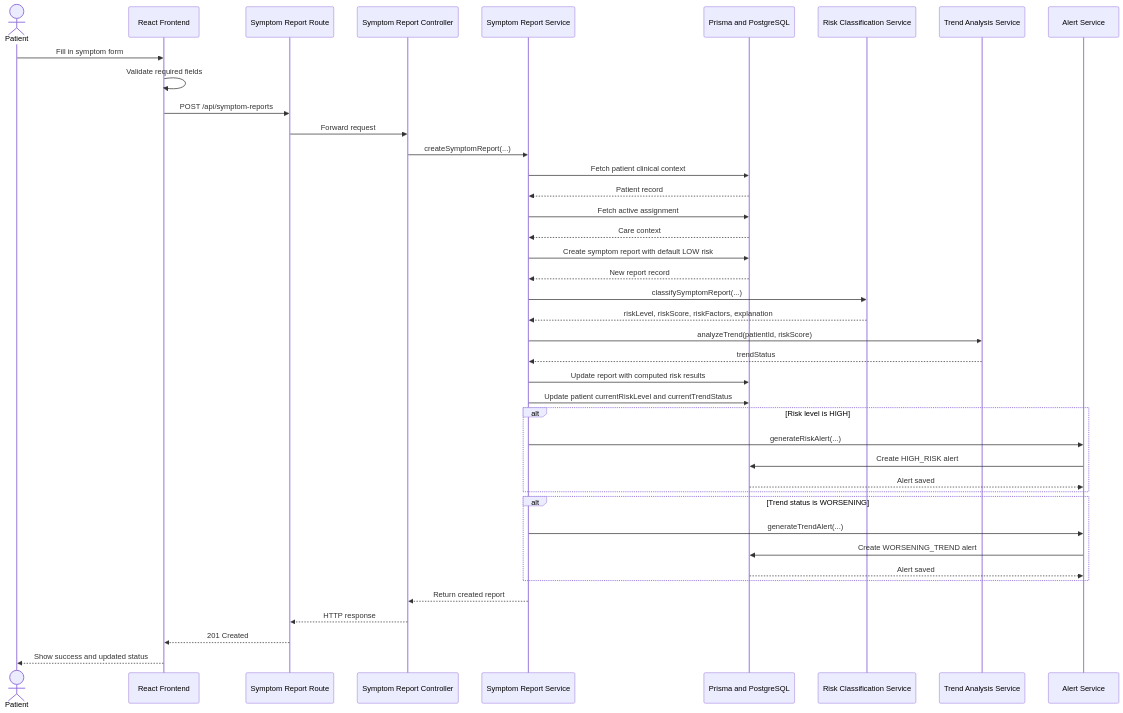
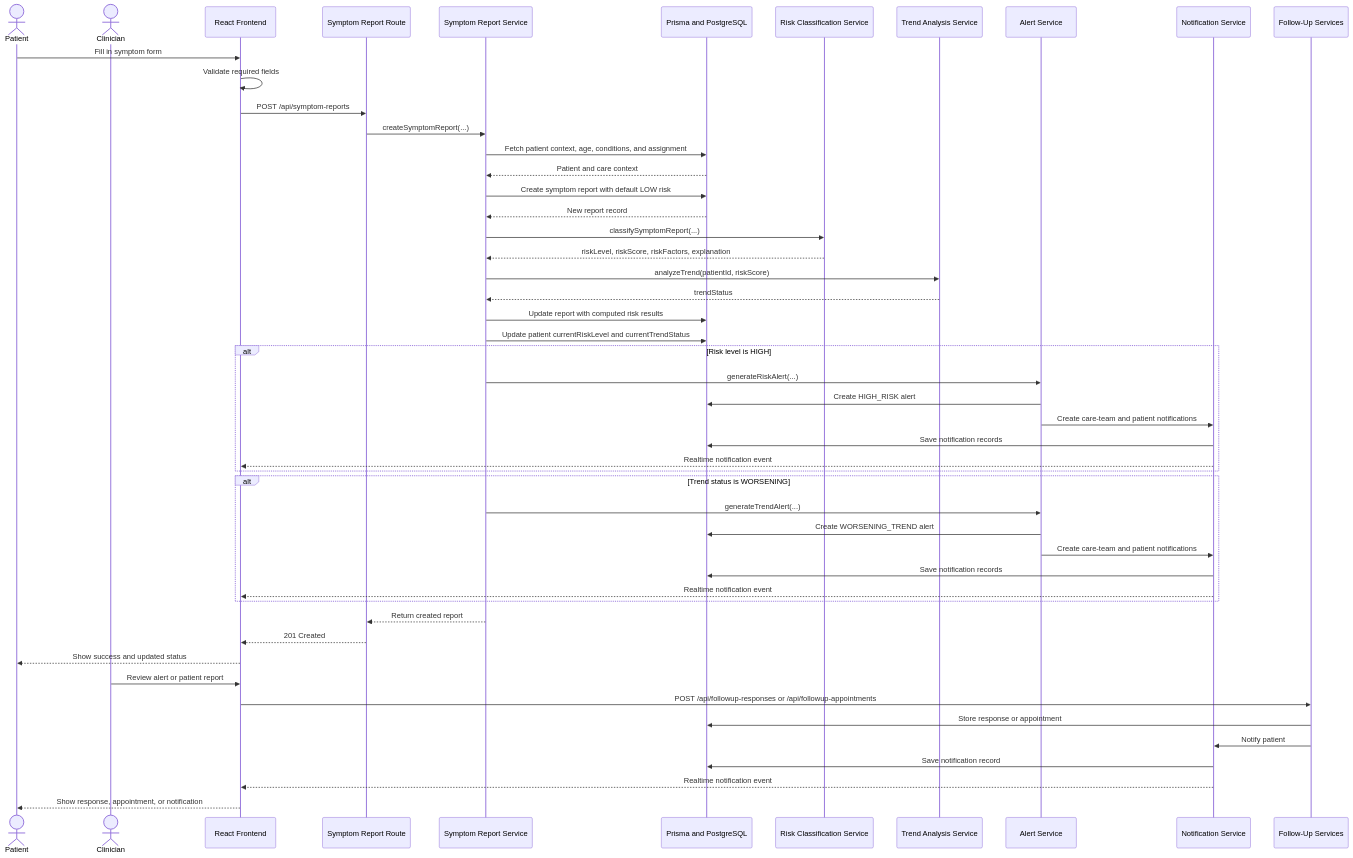
Before and after one commit to Mkayzw/backend: the diagram in 4.3.2_sequence_diagram.md, drawn with Mermaid. The commit also changed other lines of this file and 53 other files, not shown here.

````diff
--- a/4.3.2_sequence_diagram.md
+++ b/4.3.2_sequence_diagram.md
@@ -5,53 +5,62 @@
 ```mermaid
 sequenceDiagram
     actor Patient
+    actor Clinician
     participant Frontend as React Frontend
     participant Route as Symptom Report Route
-    participant Controller as Symptom Report Controller
     participant Service as Symptom Report Service
     participant DB as Prisma and PostgreSQL
     participant Risk as Risk Classification Service
     participant Trend as Trend Analysis Service
     participant Alert as Alert Service
+    participant Notify as Notification Service
+    participant FollowUp as Follow-Up Services
 
     Patient->>Frontend: Fill in symptom form
     Frontend->>Frontend: Validate required fields
     Frontend->>Route: POST /api/symptom-reports
-    Route->>Controller: Forward request
-    Controller->>Service: createSymptomReport(...)
+    Route->>Service: createSymptomReport(...)
 
-    Service->>DB: Fetch patient clinical context
-    DB-->>Service: Patient record
-
-    Service->>DB: Fetch active assignment
-    DB-->>Service: Care context
+    Service->>DB: Fetch patient context, age, conditions, and assignment
+    DB-->>Service: Patient and care context
 
     Service->>DB: Create symptom report with default LOW risk
     DB-->>Service: New report record
 
     Service->>Risk: classifySymptomReport(...)
     Risk-->>Service: riskLevel, riskScore, riskFactors, explanation
 
     Service->>Trend: analyzeTrend(patientId, riskScore)
     Trend-->>Service: trendStatus
 
     Service->>DB: Update report with computed risk results
     Service->>DB: Update patient currentRiskLevel and currentTrendStatus
 
     alt Risk level is HIGH
         Service->>Alert: generateRiskAlert(...)
         Alert->>DB: Create HIGH_RISK alert
-        DB-->>Alert: Alert saved
+        Alert->>Notify: Create care-team and patient notifications
+        Notify->>DB: Save notification records
+        Notify-->>Frontend: Realtime notification event
     end
 
     alt Trend status is WORSENING
         Service->>Alert: generateTrendAlert(...)
         Alert->>DB: Create WORSENING_TREND alert
-        DB-->>Alert: Alert saved
+        Alert->>Notify: Create care-team and patient notifications
+        Notify->>DB: Save notification records
+        Notify-->>Frontend: Realtime notification event
     end
 
-    Service-->>Controller: Return created report
-    Controller-->>Route: HTTP response
+    Service-->>Route: Return created report
     Route-->>Frontend: 201 Created
     Frontend-->>Patient: Show success and updated status
+
+    Clinician->>Frontend: Review alert or patient report
+    Frontend->>FollowUp: POST /api/followup-responses or /api/followup-appointments
+    FollowUp->>DB: Store response or appointment
+    FollowUp->>Notify: Notify patient
+    Notify->>DB: Save notification record
+    Notify-->>Frontend: Realtime notification event
+    Frontend-->>Patient: Show response, appointment, or notification
 ```
````
